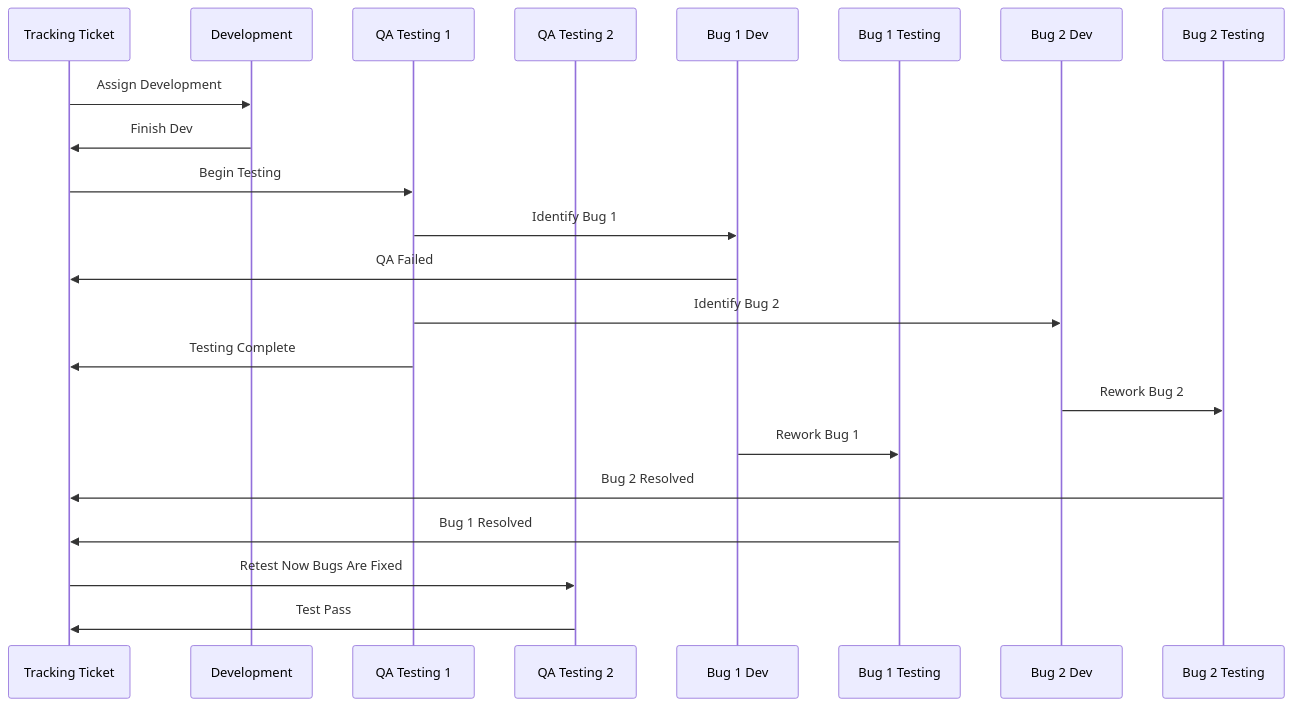
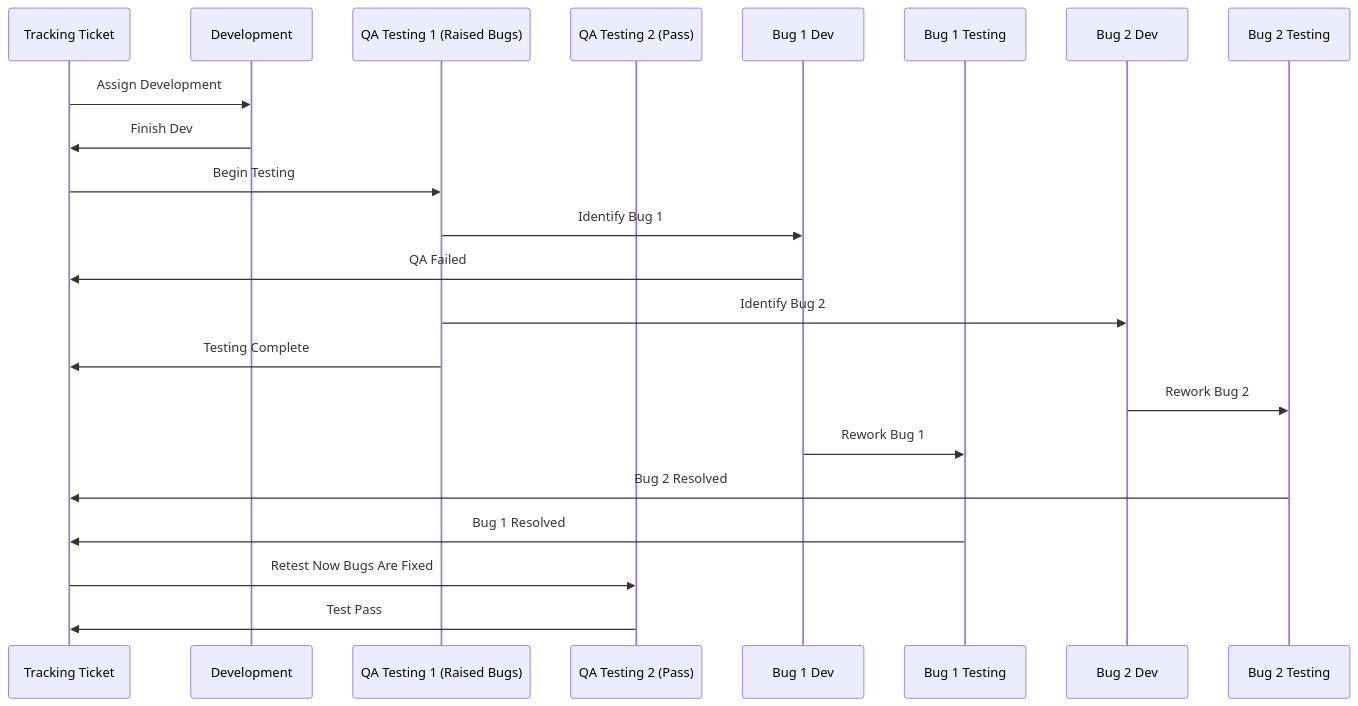
The second of 7 diagrams in workflow.md (NyanHelsing/nyanhelsing.github.io), drawn with Mermaid before and after one commit. The commit also changed other lines of this file, not shown here.

````diff
--- a/workflow.md
+++ b/workflow.md
@@ -43,25 +45,25 @@
 ```mermaid
 sequenceDiagram
     participant TT as Tracking Ticket
     participant Dev as Development
-    participant QA as QA Testing 1
-    participant QA2 as QA Testing 2
+    participant QA as QA Testing 1 (Raised Bugs)
+    participant QA2 as QA Testing 2 (Pass)
     participant B1 as Bug 1 Dev
     participant B1T as Bug 1 Testing
     participant B2 as Bug 2 Dev
     participant B2T as Bug 2 Testing
 
     TT->>Dev: Assign Development
     Dev->>TT: Finish Dev
     TT->>QA: Begin Testing
     QA->>B1: Identify Bug 1
     B1->>TT: QA Failed
     QA->>B2: Identify Bug 2
     QA->>TT: Testing Complete
     B2->>B2T: Rework Bug 2
     B1->>B1T: Rework Bug 1
     B2T->>TT: Bug 2 Resolved
     B1T->>TT: Bug 1 Resolved
     TT->>QA2: Retest Now Bugs Are Fixed
     QA2->>TT: Test Pass
 ```
````
